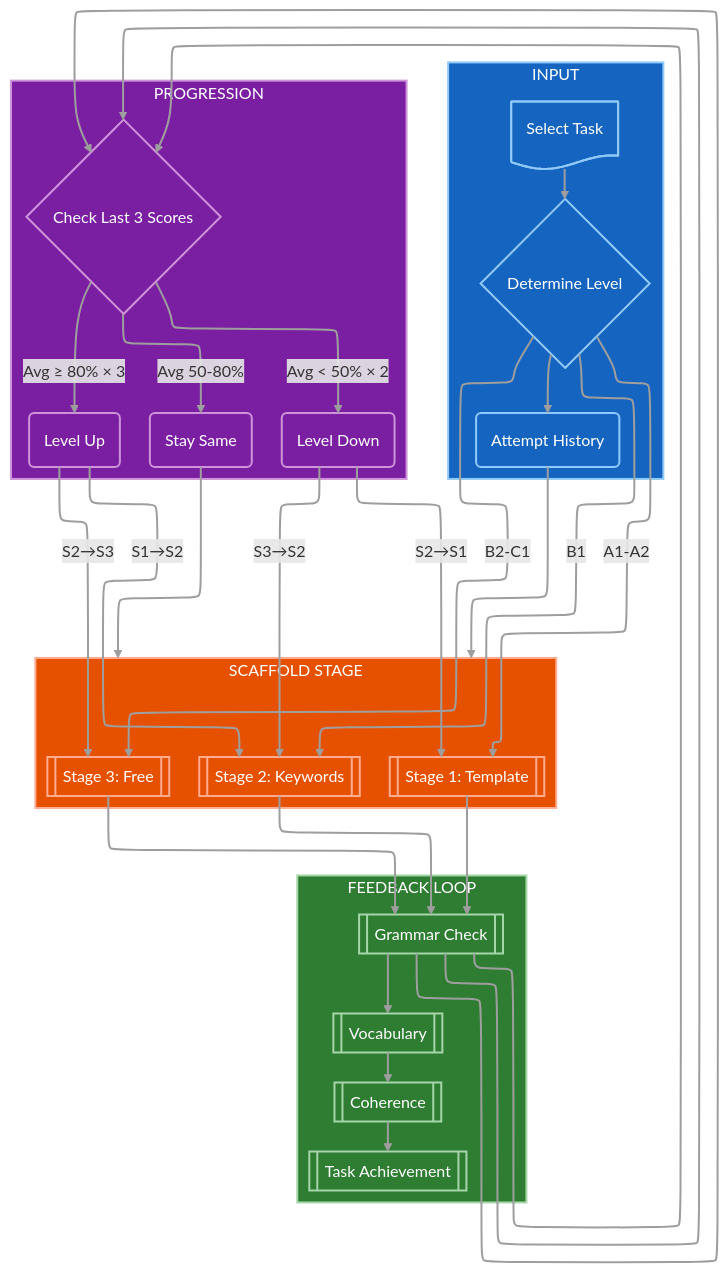
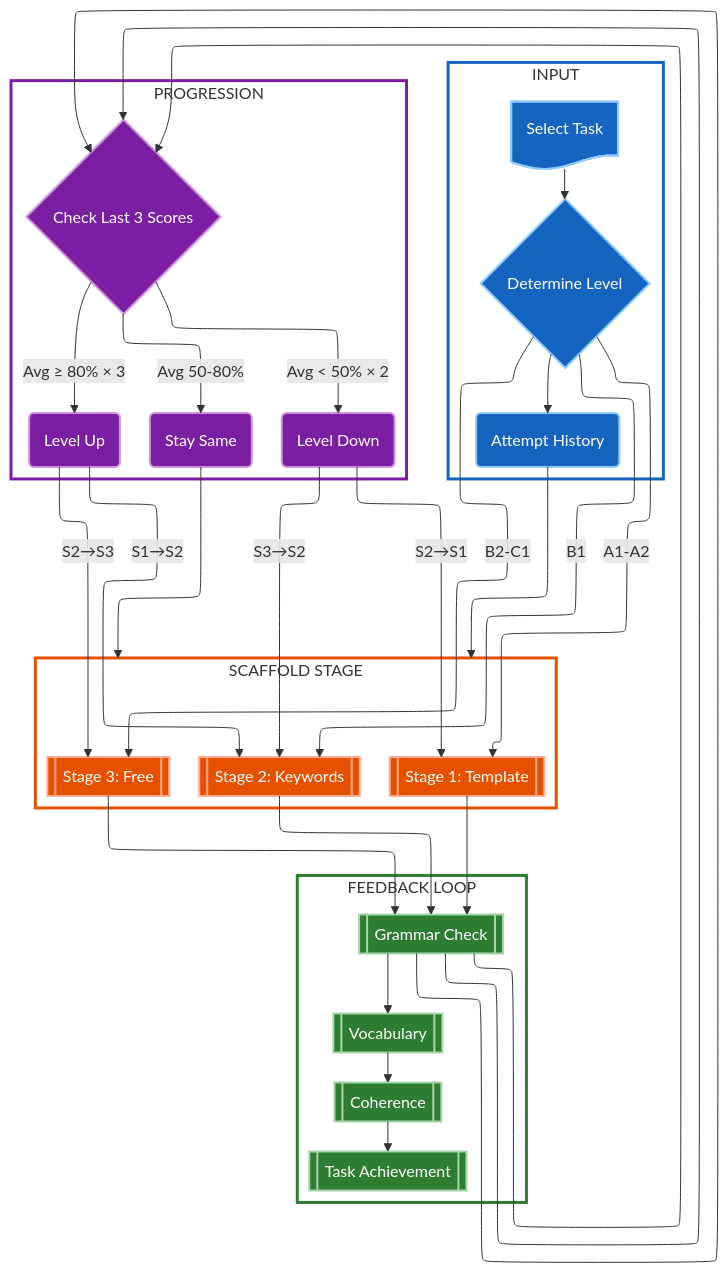
The tenth of 12 diagrams in docs/capstone/diagrams/flow-diagrams.vi.md (nghyane/VSTEP), drawn with Mermaid before and after one commit. The commit also changed other lines of this file, not shown here.

First line of the commit message:
fix(docs): remove unsupported linkStyle syntax causing parse errors

````diff
--- a/docs/capstone/diagrams/flow-diagrams.vi.md
+++ b/docs/capstone/diagrams/flow-diagrams.vi.md
@@ -596,66 +655,75 @@
 ```mermaid
 ---
 config:
   layout: elk
 ---
 flowchart TB
     subgraph Input["INPUT"]
         Task@{ shape: doc, label: "Select Task" }
         Level@{ shape: diam, label: "Determine Level" }
         History@{ shape: rounded, label: "Attempt History" }
     end
 
     subgraph Stage["SCAFFOLD STAGE"]
         direction LR
         S1@{ shape: fr-rect, label: "Stage 1: Template" }
         S2@{ shape: fr-rect, label: "Stage 2: Keywords" }
         S3@{ shape: fr-rect, label: "Stage 3: Free" }
     end
 
     subgraph Feedback["FEEDBACK LOOP"]
         direction TB
         Grammar@{ shape: fr-rect, label: "Grammar Check" }
         Vocab@{ shape: fr-rect, label: "Vocabulary" }
         Cohesion@{ shape: fr-rect, label: "Coherence" }
         TaskResp@{ shape: fr-rect, label: "Task Achievement" }
     end
 
     subgraph Progression["PROGRESSION"]
         Check@{ shape: diam, label: "Check Last 3 Scores" }
         Up@{ shape: rounded, label: "Level Up" }
         Stay@{ shape: rounded, label: "Stay Same" }
         Down@{ shape: rounded, label: "Level Down" }
     end
 
     Task --> Level --> History --> Stage
     Level -->|"A1-A2"| S1
     Level -->|"B1"| S2
     Level -->|"B2-C1"| S3
     
     S1 --> Grammar --> Check
     S2 --> Grammar --> Check
     S3 --> Grammar --> Check
     Grammar --> Vocab --> Cohesion --> TaskResp
     
     Check -->|"Avg ≥ 80% × 3"| Up
     Check -->|"Avg 50-80%"| Stay
     Check -->|"Avg < 50% × 2"| Down
     
     Up -->|"S1→S2"| S2
     Up -->|"S2→S3"| S3
     Stay --> Stage
     Down -->|"S2→S1"| S1
     Down -->|"S3→S2"| S2
 
     classDef input fill:#1565c0,stroke:#90caf9,stroke-width:2px,color:#fff
     classDef stage fill:#e65100,stroke:#ffab91,stroke-width:2px,color:#fff
     classDef feedback fill:#2e7d32,stroke:#a5d6a7,stroke-width:2px,color:#fff
     classDef progress fill:#7b1fa2,stroke:#ce93d8,stroke-width:2px,color:#fff
 
-    class Input,Task,Level,History input
-    class Stage,S1,S2,S3 stage
-    class Feedback,Grammar,Vocab,Cohesion,TaskResp feedback
-    class Progression,Check,Up,Stay,Down progress
+    classDef inputBox fill:none,stroke:#1565c0,stroke-width:3px
+    classDef stageBox fill:none,stroke:#e65100,stroke-width:3px
+    classDef feedbackBox fill:none,stroke:#2e7d32,stroke-width:3px
+    classDef progressBox fill:none,stroke:#7b1fa2,stroke-width:3px
 
-    linkStyle default stroke:#9e9e9e,stroke-width:2px
+    class Input inputBox
+    class Stage stageBox
+    class Feedback feedbackBox
+    class Progression progressBox
+
+    class Task,Level,History input
+    class S1,S2,S3 stage
+    class Grammar,Vocab,Cohesion,TaskResp feedback
+    class Check,Up,Stay,Down progress
+
 ```
````
